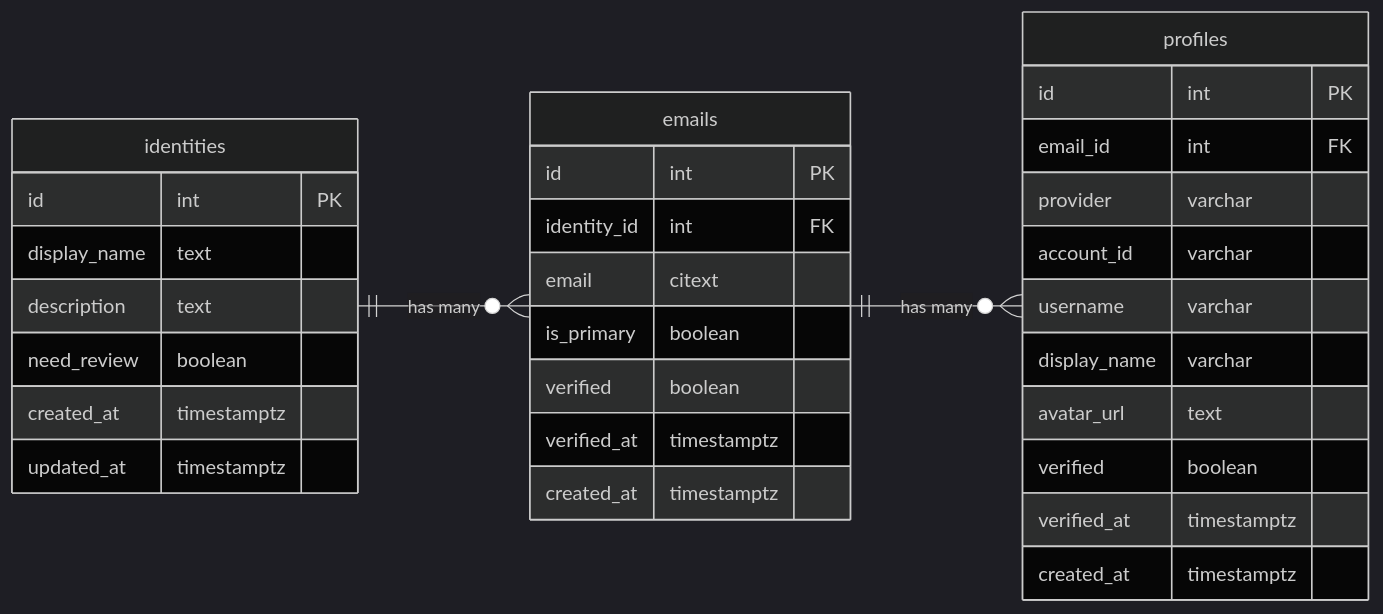
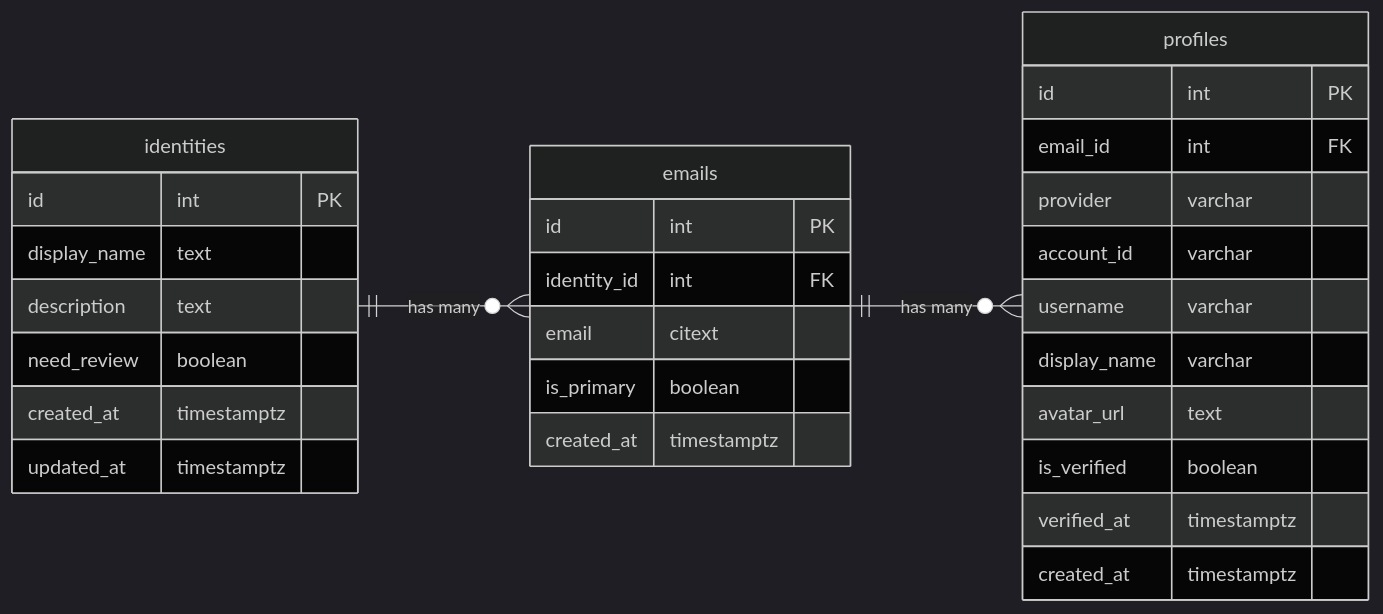
One commit to CppDigest/cppa-unified-dashboard changed the diagram in BoostUserTable/combine_user_tables_plan.md. Above: the diagram before and after it, drawn with Mermaid (dark theme).

Commit message:
#108 - some field changed

````diff
--- a/BoostUserTable/combine_user_tables_plan.md
+++ b/BoostUserTable/combine_user_tables_plan.md
@@ -51,38 +51,36 @@
 ```mermaid
 erDiagram
     direction LR
     identities {
         id int PK
         display_name text
         description text
         need_review boolean
         created_at timestamptz
         updated_at timestamptz
     }
 
     emails {
         id int PK
         identity_id int FK
         email citext
         is_primary boolean
-        verified boolean
-        verified_at timestamptz
         created_at timestamptz
     }
 
     profiles {
         id int PK
         email_id int FK
         provider varchar
         account_id varchar
         username varchar
         display_name varchar
         avatar_url text
-        verified boolean
+        is_verified boolean
         verified_at timestamptz
         created_at timestamptz
     }
 
     identities ||--o{ emails : "has many"
     emails ||--o{ profiles : "has many"
 ```
````
